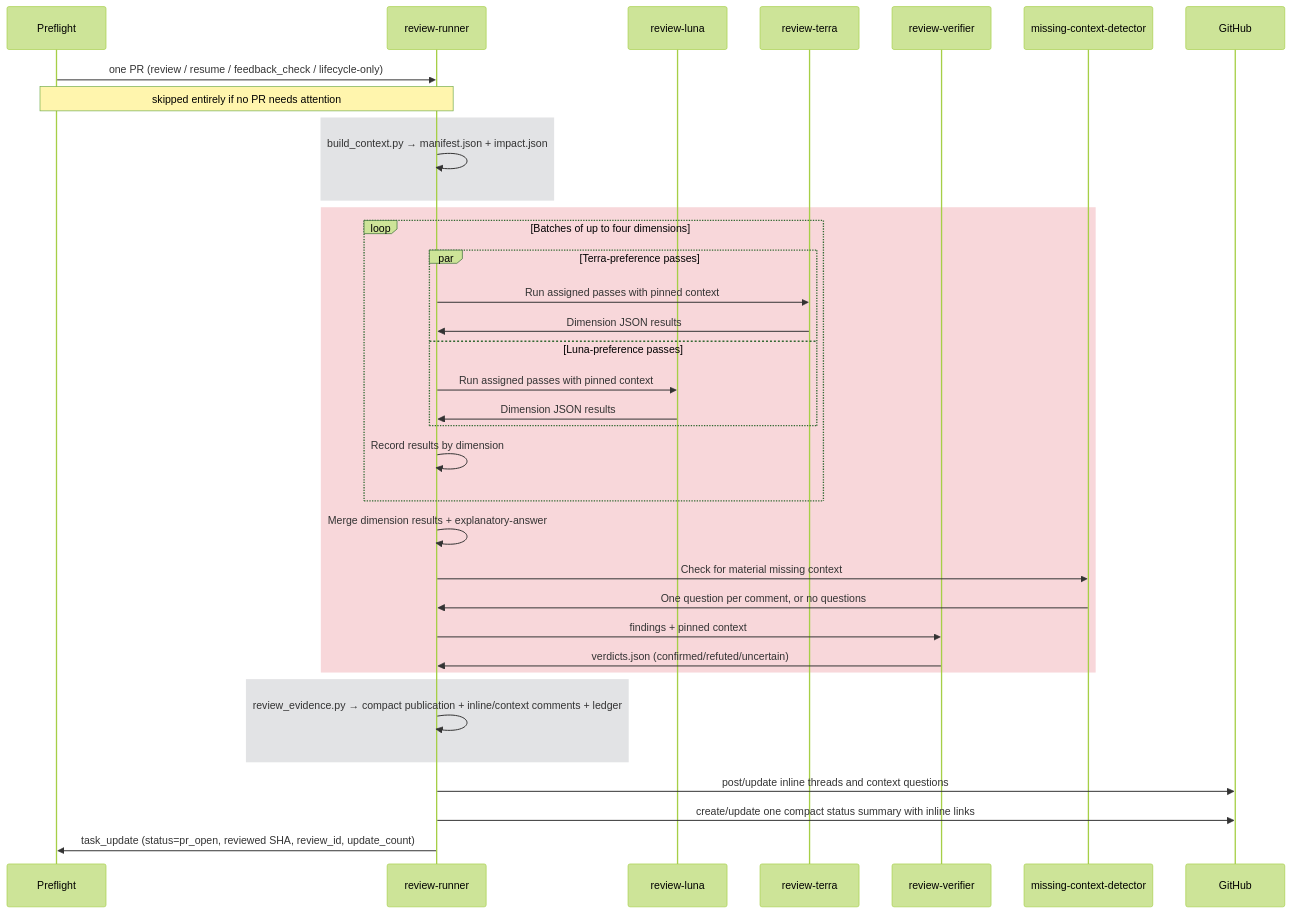
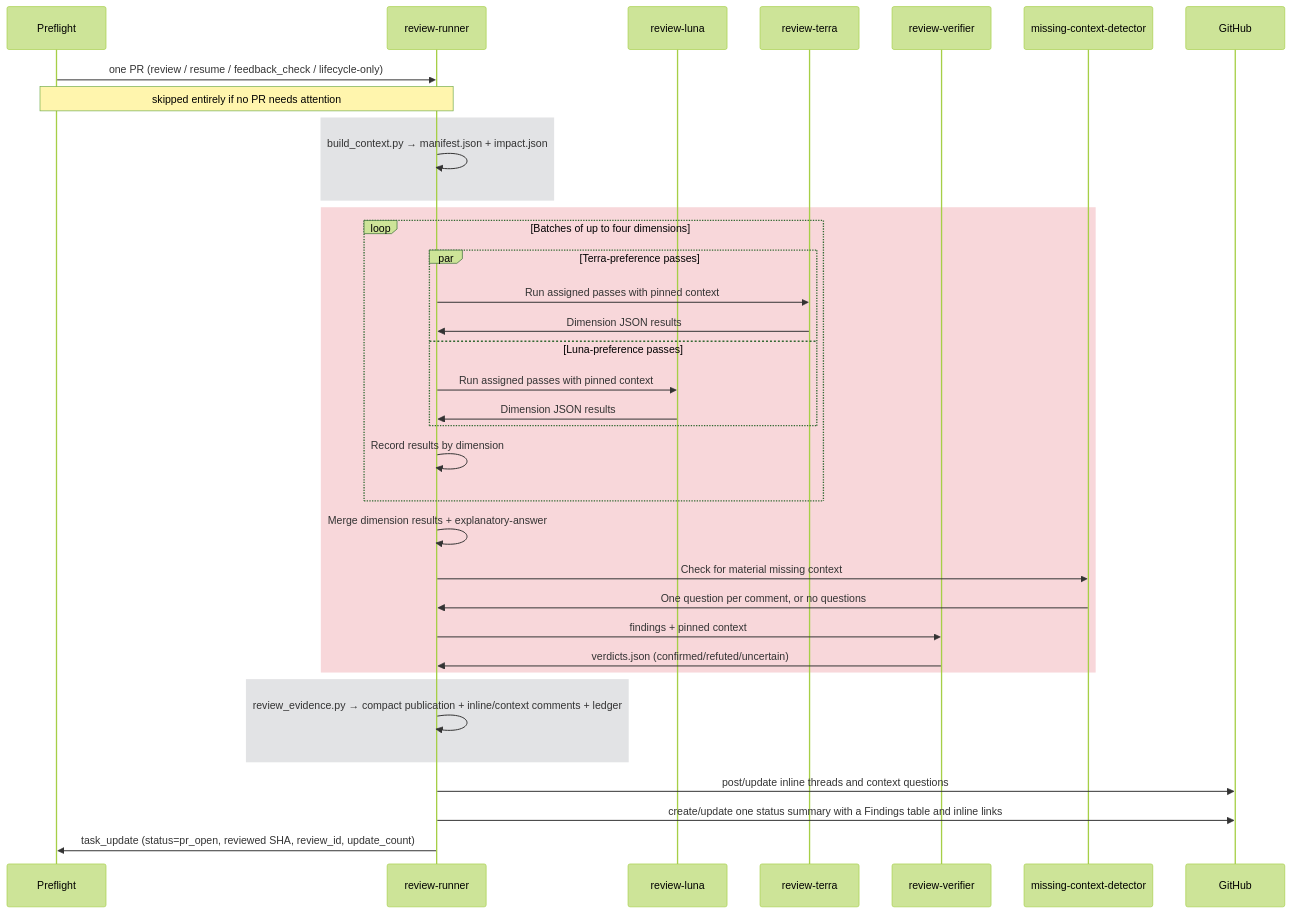
The fourth of 4 diagrams in instance/rbac-config-review/agent/workflows/review-only/WORKFLOW.md (RedHatInsights/fabric-access-ai-dev), drawn with Mermaid (forest theme) before and after one commit. The commit also changed other lines of this file and 4 other files, not shown here.

````diff
--- a/instance/rbac-config-review/agent/workflows/review-only/WORKFLOW.md
+++ b/instance/rbac-config-review/agent/workflows/review-only/WORKFLOW.md
@@ -275,39 +277,39 @@
 ```mermaid
 sequenceDiagram
     participant Q as Preflight
     participant R as review-runner
     participant L as review-luna
     participant T as review-terra
     participant V as review-verifier
     participant M as missing-context-detector
     participant GH as GitHub
 
     Q->>R: one PR (review / resume / feedback_check / lifecycle-only)
     Note over Q,R: skipped entirely if no PR needs attention
     rect rgb(226, 227, 229)
         R->>R: build_context.py → manifest.json + impact.json
     end
     rect rgb(248, 215, 218)
         loop Batches of up to four dimensions
             par Terra-preference passes
                 R->>T: Run assigned passes with pinned context
                 T->>R: Dimension JSON results
             and Luna-preference passes
                 R->>L: Run assigned passes with pinned context
                 L->>R: Dimension JSON results
             end
             R->>R: Record results by dimension
         end
         R->>R: Merge dimension results + explanatory-answer
         R->>M: Check for material missing context
         M->>R: One question per comment, or no questions
         R->>V: findings + pinned context
         V->>R: verdicts.json (confirmed/refuted/uncertain)
     end
     rect rgb(226, 227, 229)
         R->>R: review_evidence.py → compact publication + inline/context comments + ledger
     end
     R->>GH: post/update inline threads and context questions
-    R->>GH: create/update one compact status summary with inline links
+    R->>GH: create/update one status summary with a Findings table and inline links
     R->>Q: task_update (status=pr_open, reviewed SHA, review_id, update_count)
 ```
````
